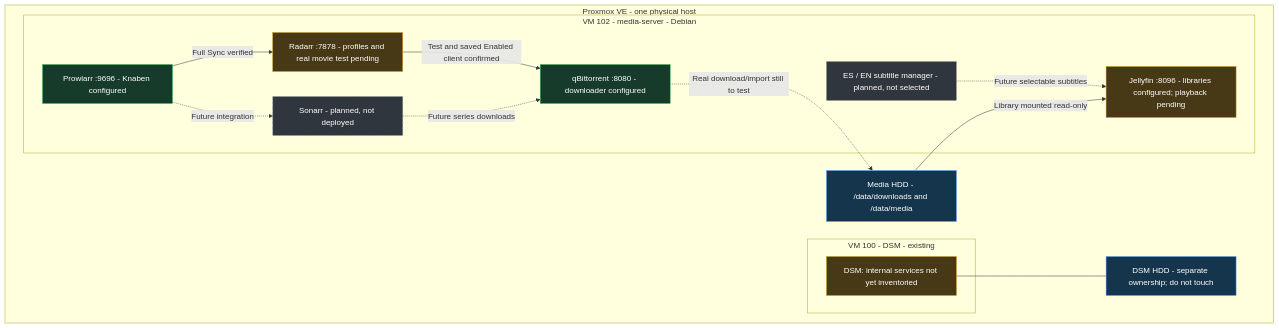
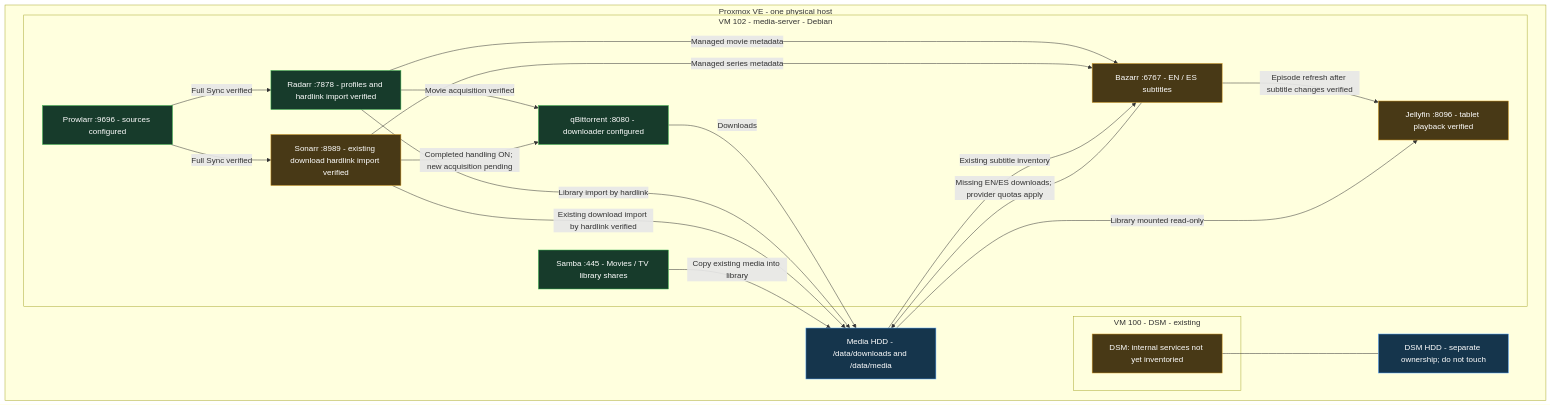
The diagram in README.md (jdfesa/homelab), drawn with Mermaid before and after one commit. The commit also changed other lines of this file and 4 other files, not shown here.

````diff
--- a/README.md
+++ b/README.md
@@ -25,34 +25,42 @@
 ```mermaid
 flowchart TB
     subgraph proxmoxHost["Proxmox VE - one physical host"]
         subgraph dsmVm["VM 100 - DSM - existing"]
             dsm["DSM: internal services not yet inventoried"]
         end
         subgraph mediaVm["VM 102 - media-server - Debian"]
-            prowlarr["Prowlarr :9696 - Knaben configured"]
-            radarr["Radarr :7878 - profiles and real movie test pending"]
+            prowlarr["Prowlarr :9696 - sources configured"]
+            radarr["Radarr :7878 - profiles and hardlink import verified"]
             qbittorrent["qBittorrent :8080 - downloader configured"]
-            jellyfin["Jellyfin :8096 - libraries configured; playback pending"]
-            sonarr["Sonarr - planned, not deployed"]
-            subtitles["ES / EN subtitle manager - planned, not selected"]
+            jellyfin["Jellyfin :8096 - tablet playback verified"]
+            sonarr["Sonarr :8989 - existing download hardlink import verified"]
+            bazarr["Bazarr :6767 - EN / ES subtitles"]
+            samba["Samba :445 - Movies / TV library shares"]
             prowlarr -->|"Full Sync verified"| radarr
-            radarr -->|"Test and saved Enabled client confirmed"| qbittorrent
-            prowlarr -.->|"Future integration"| sonarr
-            sonarr -.->|"Future series downloads"| qbittorrent
-            subtitles -.->|"Future selectable subtitles"| jellyfin
+            radarr -->|"Movie acquisition verified"| qbittorrent
+            prowlarr -->|"Full Sync verified"| sonarr
+            sonarr -->|"Completed handling ON; new acquisition pending"| qbittorrent
+            radarr -->|"Managed movie metadata"| bazarr
+            sonarr -->|"Managed series metadata"| bazarr
         end
         dsmDisk["DSM HDD - separate ownership; do not touch"]
         mediaDisk["Media HDD - /data/downloads and /data/media"]
         dsm --- dsmDisk
-        qbittorrent -.->|"Real download/import still to test"| mediaDisk
+        qbittorrent -->|"Downloads"| mediaDisk
+        radarr -->|"Library import by hardlink"| mediaDisk
+        sonarr -->|"Existing download import by hardlink verified"| mediaDisk
+        samba -->|"Copy existing media into library"| mediaDisk
+        mediaDisk -->|"Existing subtitle inventory"| bazarr
+        bazarr -->|"Missing EN/ES downloads; provider quotas apply"| mediaDisk
+        bazarr -->|"Episode refresh after subtitle changes verified"| jellyfin
         mediaDisk -->|"Library mounted read-only"| jellyfin
     end
     classDef configured fill:#173b2b,stroke:#3fb950,color:#ffffff
     classDef partial fill:#483916,stroke:#d29922,color:#ffffff
     classDef planned fill:#30363d,stroke:#8b949e,color:#ffffff,stroke-dasharray:5 5
     classDef storage fill:#15354c,stroke:#58a6ff,color:#ffffff
-    class prowlarr,qbittorrent configured
-    class dsm,radarr,jellyfin partial
-    class sonarr,subtitles planned
+    class prowlarr,qbittorrent,radarr,samba configured
+    class dsm,jellyfin,bazarr partial
+    class sonarr partial
     class dsmDisk,mediaDisk storage
 ```
````
